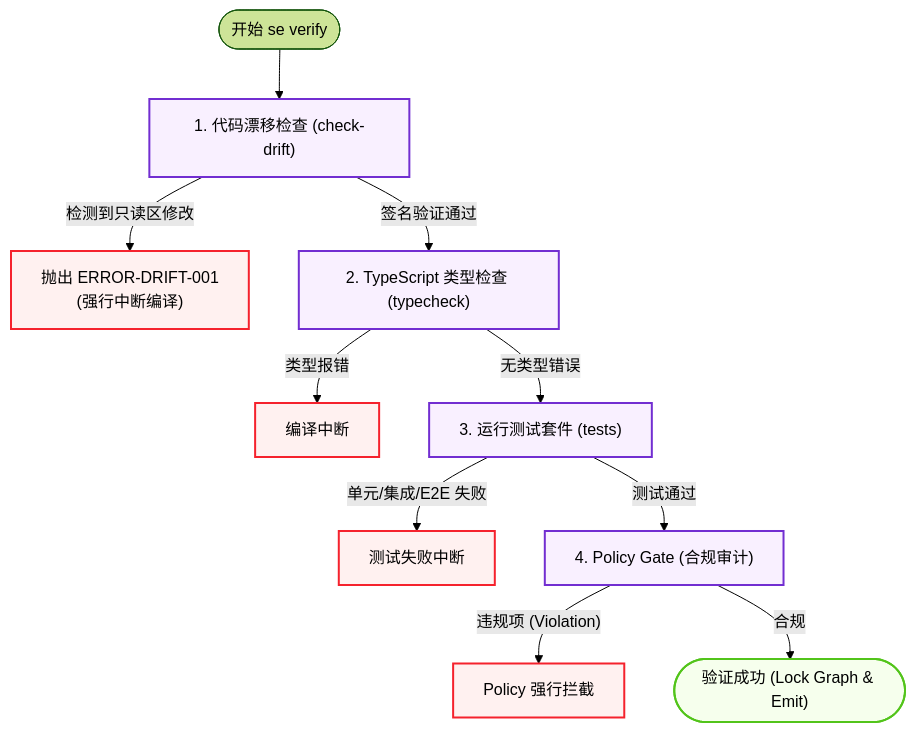
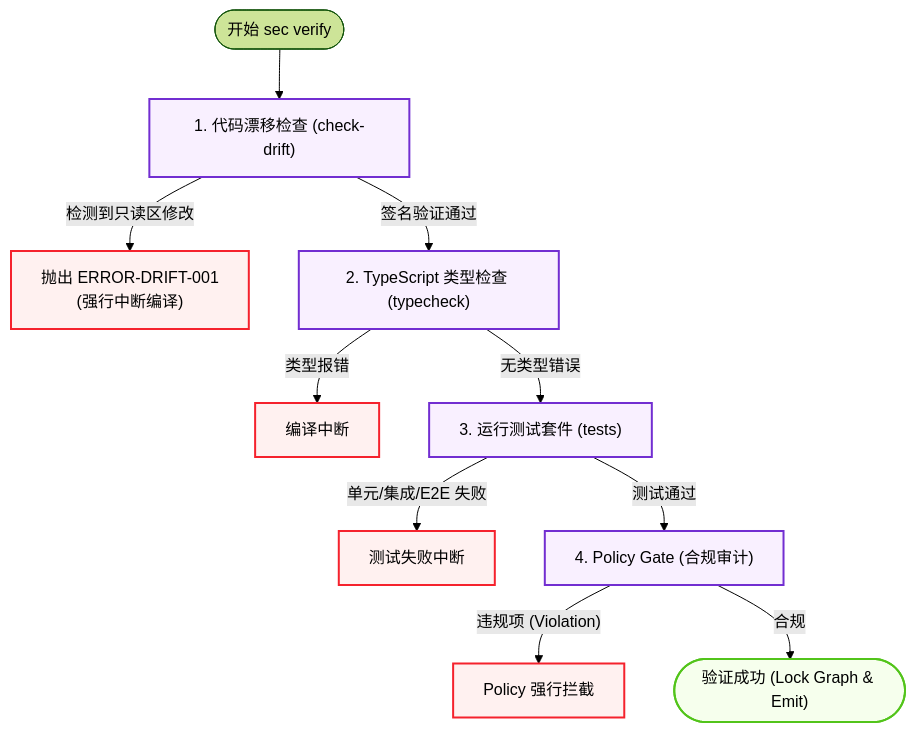
Before and after one commit to sec-platform/sec: the third of 4 diagrams in docs/12-编译管道与行为流图示.md, drawn with Mermaid (forest theme). The commit also changed other lines of this file and 1 other file, not shown here.

Commit message:
docs: organize docs index paths and rebrand se to sec in pipeline diagram

````diff
--- a/docs/12-编译管道与行为流图示.md
+++ b/docs/12-编译管道与行为流图示.md
@@ -101,20 +101,20 @@
 ```mermaid
 flowchart TD
     classDef stepStyle fill:#f9f0ff,stroke:#722ed1,stroke-width:2px;
     classDef failStyle fill:#fff1f0,stroke:#f5222d,stroke-width:2px;
     classDef successStyle fill:#f6ffed,stroke:#52c41a,stroke-width:2px;
 
-    Start(["开始 se verify"]) --> StepDrift["1. 代码漂移检查 (check-drift)"]:::stepStyle
+    Start(["开始 sec verify"]) --> StepDrift["1. 代码漂移检查 (check-drift)"]:::stepStyle
     
     StepDrift -- "检测到只读区修改" --> ErrDrift["抛出 ERROR-DRIFT-001<br>(强行中断编译)"]:::failStyle
     StepDrift -- "签名验证通过" --> StepTypecheck["2. TypeScript 类型检查 (typecheck)"]:::stepStyle
     
     StepTypecheck -- "类型报错" --> ErrType["编译中断"]:::failStyle
     StepTypecheck -- "无类型错误" --> StepTests["3. 运行测试套件 (tests)"]:::stepStyle
     
     StepTests -- "单元/集成/E2E 失败" --> ErrTest["测试失败中断"]:::failStyle
     StepTests -- "测试通过" --> StepPolicy["4. Policy Gate (合规审计)"]:::stepStyle
     
     StepPolicy -- "违规项 (Violation)" --> ErrPolicy["Policy 强行拦截"]:::failStyle
     StepPolicy -- "合规" --> Success(["验证成功 (Lock Graph & Emit)"]):::successStyle
 ```
````
